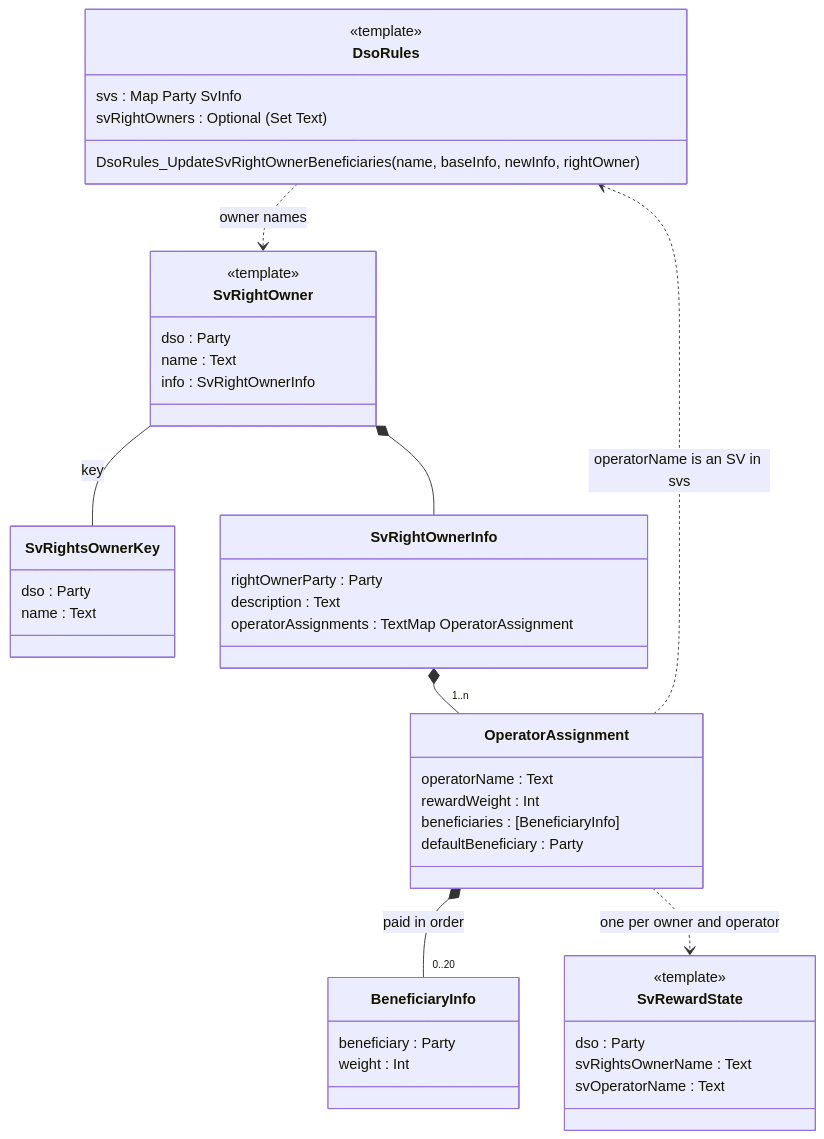
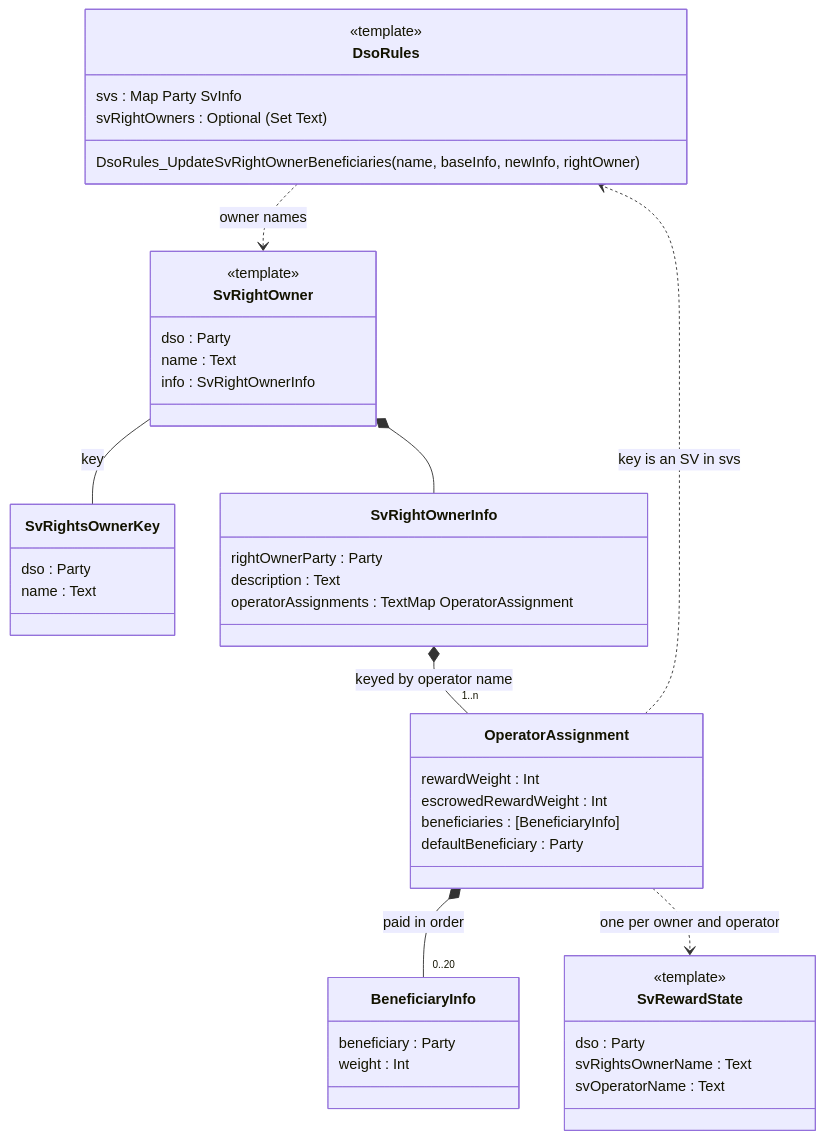
One commit to canton-network/splice changed the diagram in SV_RIGHTS_OWNERS_POC.md. Above: the diagram before and after it, drawn with Mermaid. The commit also changed other lines of this file and 2 other files, not shown here.

First line of the commit message:
feat(sv-weights): key operator assignments by operator and add escrowed weight

````diff
--- a/SV_RIGHTS_OWNERS_POC.md
+++ b/SV_RIGHTS_OWNERS_POC.md
@@ -3,48 +3,48 @@
 ```mermaid
 classDiagram
     direction TB
     class DsoRules {
         <<template>>
         svs : Map Party SvInfo
         svRightOwners : Optional #40;Set Text#41;
         DsoRules_UpdateSvRightOwnerBeneficiaries(name, baseInfo, newInfo, rightOwner)
     }
     class SvRightOwner {
         <<template>>
         dso : Party
         name : Text
         info : SvRightOwnerInfo
     }
     class SvRightsOwnerKey {
         dso : Party
         name : Text
     }
     class SvRightOwnerInfo {
         rightOwnerParty : Party
         description : Text
         operatorAssignments : TextMap OperatorAssignment
     }
     class OperatorAssignment {
-        operatorName : Text
         rewardWeight : Int
+        escrowedRewardWeight : Int
         beneficiaries : [BeneficiaryInfo]
         defaultBeneficiary : Party
     }
     class BeneficiaryInfo {
         beneficiary : Party
         weight : Int
     }
     class SvRewardState {
         <<template>>
         dso : Party
         svRightsOwnerName : Text
         svOperatorName : Text
     }
     DsoRules ..> SvRightOwner : owner names
     SvRightOwner -- SvRightsOwnerKey : key
     SvRightOwner *-- SvRightOwnerInfo
-    SvRightOwnerInfo *-- "1..n" OperatorAssignment
+    SvRightOwnerInfo *-- "1..n" OperatorAssignment : keyed by operator name
     OperatorAssignment *-- "0..20" BeneficiaryInfo : paid in order
-    OperatorAssignment ..> DsoRules : operatorName is an SV in svs
+    OperatorAssignment ..> DsoRules : key is an SV in svs
     OperatorAssignment ..> SvRewardState : one per owner and operator
 ```
````
